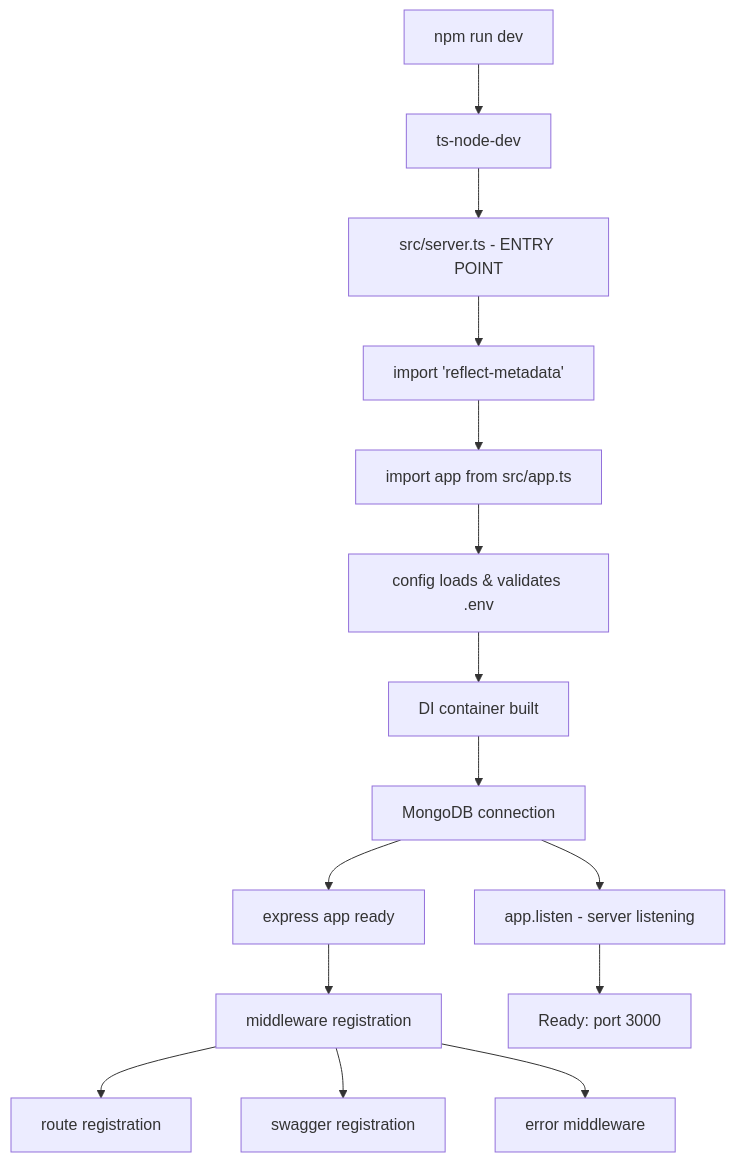
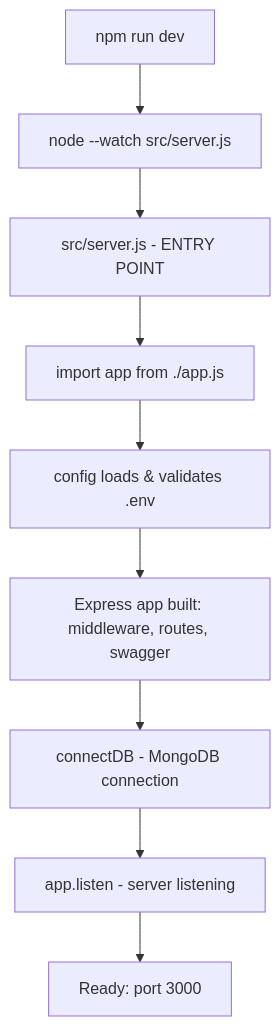
The first of 6 diagrams in docs/00-project-startup-flow.md (cloudtecki/the-woven-kitchen-api), drawn with Mermaid before and after one commit. The commit also changed other lines of this file and 214 other files, not shown here.

````diff
--- a/docs/00-project-startup-flow.md
+++ b/docs/00-project-startup-flow.md
@@ -39,17 +43,11 @@
 ```mermaid
 flowchart TD
-    A[npm run dev] --> B[ts-node-dev]
-    B --> C[src/server.ts - ENTRY POINT]
-    C --> D[import 'reflect-metadata']
-    D --> E[import app from src/app.ts]
-    E --> F[config loads & validates .env]
-    F --> G[DI container built]
-    G --> H[MongoDB connection]
-    H --> I[express app ready]
-    I --> J[middleware registration]
-    J --> K[route registration]
-    J --> L[swagger registration]
-    J --> M[error middleware]
-    H --> N[app.listen - server listening]
-    N --> O[Ready: port 3000]
+    A[npm run dev] --> B[node --watch src/server.js]
+    B --> C[src/server.js - ENTRY POINT]
+    C --> D[import app from ./app.js]
+    D --> E[config loads & validates .env]
+    E --> F[Express app built: middleware, routes, swagger]
+    F --> G[connectDB - MongoDB connection]
+    G --> H[app.listen - server listening]
+    H --> O[Ready: port 3000]
 ```
````
